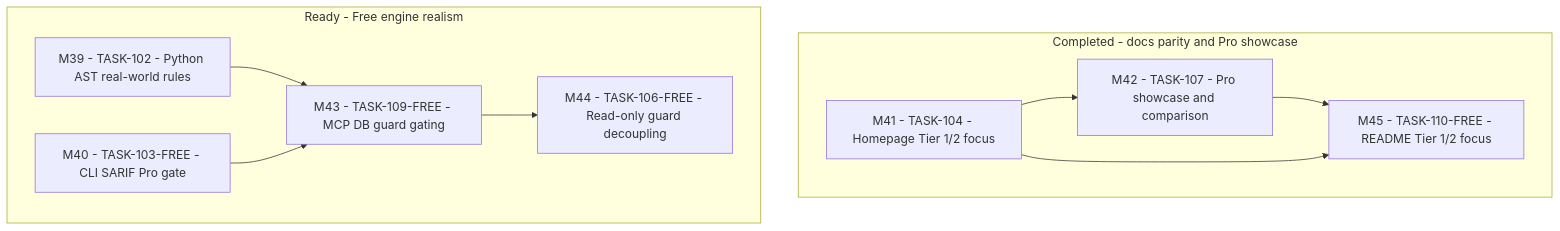
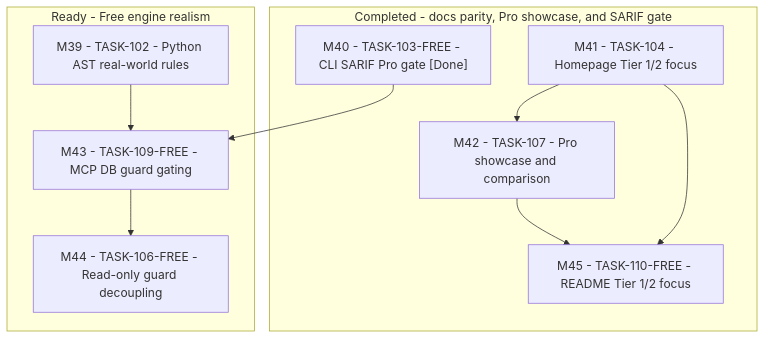
One commit to JMartynov/verityredteam-free changed the diagram in docs/reports/FEATURE_REALISM_ACTION_PLAN_AND_TASKS.md. Above: the diagram before and after it, drawn with Mermaid. The commit also changed other lines of this file and 8 other files, not shown here.

Commit message:
docs(m40): mark M40 Done, update SARIF Pro gate & precision docs, rebuild portal

```diff
--- a/docs/reports/FEATURE_REALISM_ACTION_PLAN_AND_TASKS.md
+++ b/docs/reports/FEATURE_REALISM_ACTION_PLAN_AND_TASKS.md
@@ -28,22 +28,22 @@
 ~~~mermaid
 flowchart TD
-  subgraph Completed["Completed - docs parity and Pro showcase"]
+  subgraph Completed["Completed - docs parity, Pro showcase, and SARIF gate"]
+    M40["M40 - TASK-103-FREE - CLI SARIF Pro gate [Done]"]
     M41["M41 - TASK-104 - Homepage Tier 1/2 focus"]
     M42["M42 - TASK-107 - Pro showcase and comparison"]
     M45["M45 - TASK-110-FREE - README Tier 1/2 focus"]
   end
   subgraph Ready["Ready - Free engine realism"]
     M39["M39 - TASK-102 - Python AST real-world rules"]
-    M40["M40 - TASK-103-FREE - CLI SARIF Pro gate"]
     M43["M43 - TASK-109-FREE - MCP DB guard gating"]
     M44["M44 - TASK-106-FREE - Read-only guard decoupling"]
   end
 
   M41 --> M42
   M42 --> M45
   M41 --> M45
 
   M39 --> M43
   M40 --> M43
   M43 --> M44
 ~~~
```
